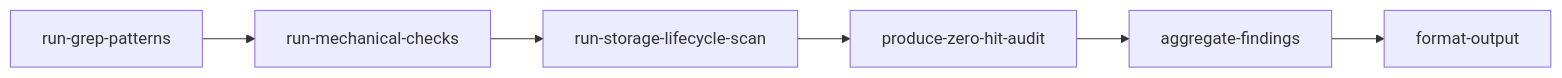
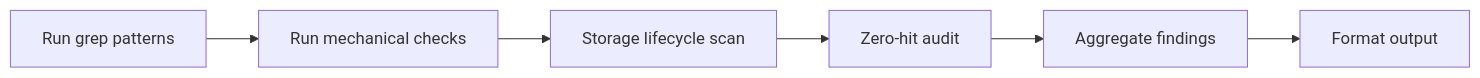
The fourth of 6 diagrams in substrate-node-security-audit/README.md (m2ux/workflow-server), drawn with Mermaid before and after one commit. The commit also changed other lines of this file, not shown here.

First line of the commit message:
docs(audit): rewrite README as clean user-facing documentation

````diff
--- a/substrate-node-security-audit/README.md
+++ b/substrate-node-security-audit/README.md
@@ -164,8 +159,8 @@
 ```mermaid
 graph LR
-    SA1["run-grep-patterns"] --> SA2[run-mechanical-checks]
-    SA2 --> SA3[run-storage-lifecycle-scan]
-    SA3 --> SA4[produce-zero-hit-audit]
-    SA4 --> SA5[aggregate-findings]
-    SA5 --> SA6[format-output]
+    SA1[Run grep patterns] --> SA2[Run mechanical checks]
+    SA2 --> SA3[Storage lifecycle scan]
+    SA3 --> SA4[Zero-hit audit]
+    SA4 --> SA5[Aggregate findings]
+    SA5 --> SA6[Format output]
 ```
````
